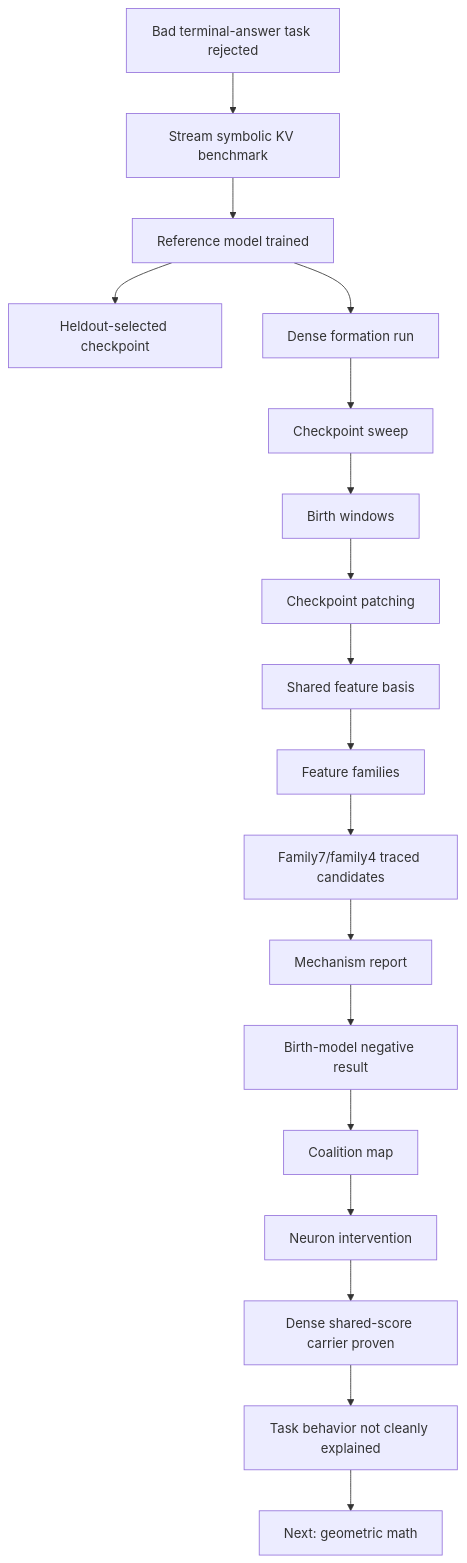
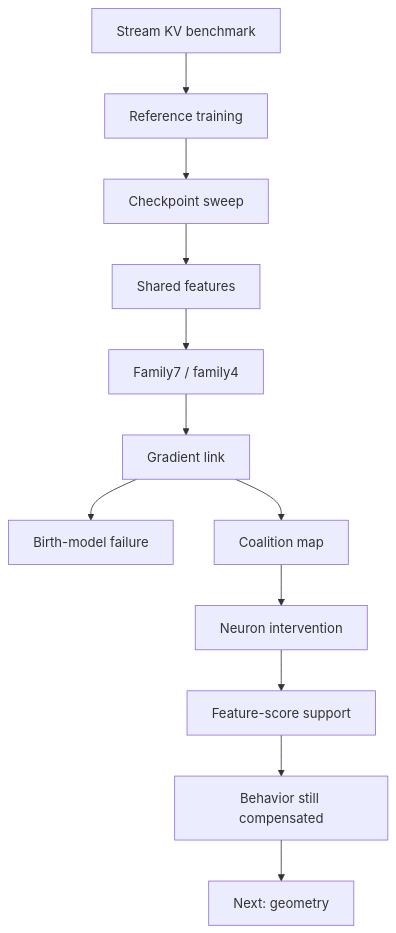
Before and after one commit to nelson960/Circuits: the third of 3 diagrams in docs/index.md, drawn with Mermaid. The commit also changed 5 other files, not shown here.

````diff
--- a/docs/index.md
+++ b/docs/index.md
@@ -967,20 +967,14 @@
 ```mermaid
 flowchart TD
-  A["Bad terminal-answer task rejected"] --> B["Stream symbolic KV benchmark"]
-  B --> C["Reference model trained"]
-  C --> D["Heldout-selected checkpoint"]
-  C --> E["Dense formation run"]
-  E --> F["Checkpoint sweep"]
-  F --> G["Birth windows"]
-  G --> H["Checkpoint patching"]
-  H --> I["Shared feature basis"]
-  I --> J["Feature families"]
-  J --> K["Family7/family4 traced candidates"]
-  K --> L["Mechanism report"]
-  L --> M["Birth-model negative result"]
-  M --> N["Coalition map"]
-  N --> O["Neuron intervention"]
-  O --> P["Dense shared-score carrier proven"]
-  P --> Q["Task behavior not cleanly explained"]
-  Q --> R["Next: geometric math"]
+  A["Stream KV benchmark"] --> B["Reference training"]
+  B --> C["Checkpoint sweep"]
+  C --> D["Shared features"]
+  D --> E["Family7 / family4"]
+  E --> F["Gradient link"]
+  F --> G["Birth-model failure"]
+  F --> H["Coalition map"]
+  H --> I["Neuron intervention"]
+  I --> J["Feature-score support"]
+  J --> K["Behavior still compensated"]
+  K --> L["Next: geometry"]
 ```
````
